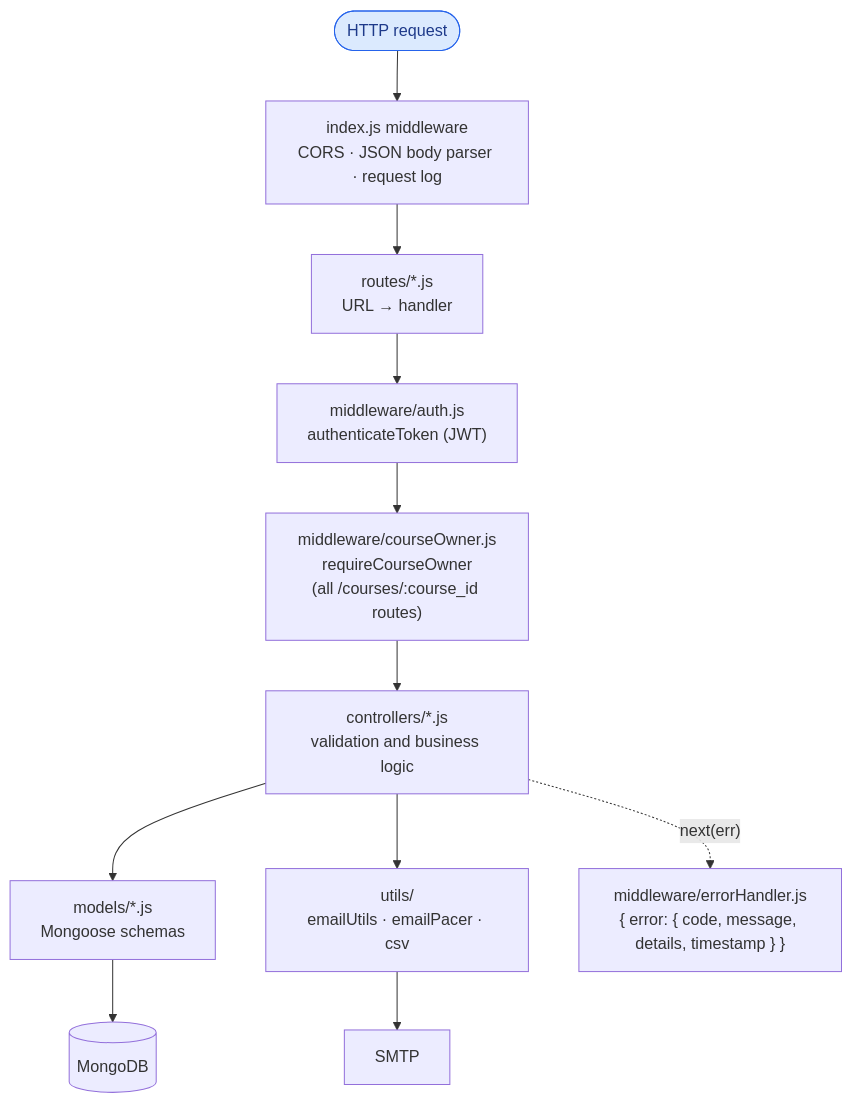
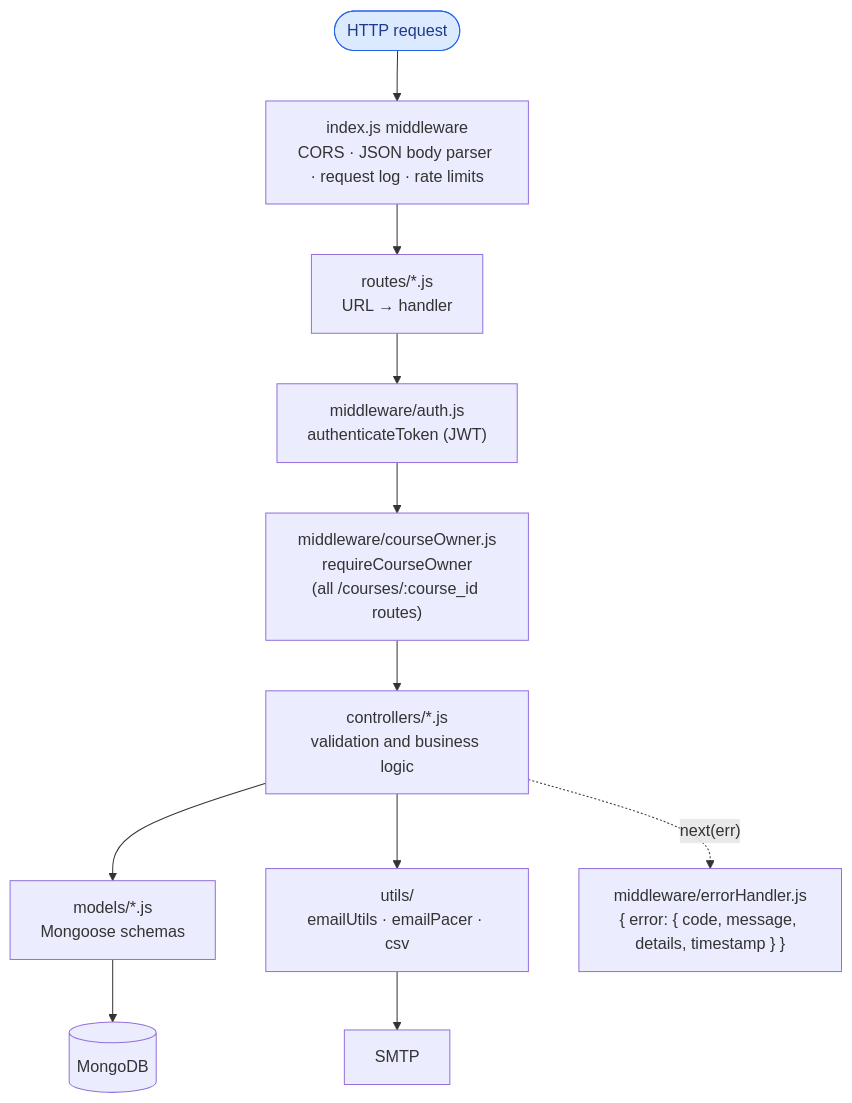
Before and after one commit to IT7993-FALL-2026-PEERS/ProjectPeerEvaluation: the second of 5 diagrams in docs/architecture/system-architecture.md, drawn with Mermaid. The commit also changed other lines of this file and 2 other files, not shown here.

First line of the commit message:
Refresh the README and the architecture charts

````diff
--- a/docs/architecture/system-architecture.md
+++ b/docs/architecture/system-architecture.md
@@ -91,16 +91,16 @@
 ```mermaid
 flowchart TB
-    REQ(["HTTP request"]) --> MW["index.js middleware<br/>CORS · JSON body parser · request log"]
+    REQ(["HTTP request"]) --> MW["index.js middleware<br/>CORS · JSON body parser · request log · rate limits"]
     MW --> R["routes/*.js<br/>URL → handler"]
     R --> AUTH["middleware/auth.js<br/>authenticateToken (JWT)"]
     AUTH --> OWN["middleware/courseOwner.js<br/>requireCourseOwner<br/>(all /courses/:course_id routes)"]
     OWN --> C["controllers/*.js<br/>validation and business logic"]
     C --> M["models/*.js<br/>Mongoose schemas"]
     C --> U["utils/<br/>emailUtils · emailPacer · csv"]
     M --> DB[("MongoDB")]
     U --> SMTP["SMTP"]
     C -. "next(err)" .-> EH["middleware/errorHandler.js<br/>{ error: { code, message, details, timestamp } }"]
 
     classDef ep fill:#dbeafe,stroke:#2563eb,color:#1e3a8a
     class REQ ep
 ```
````
